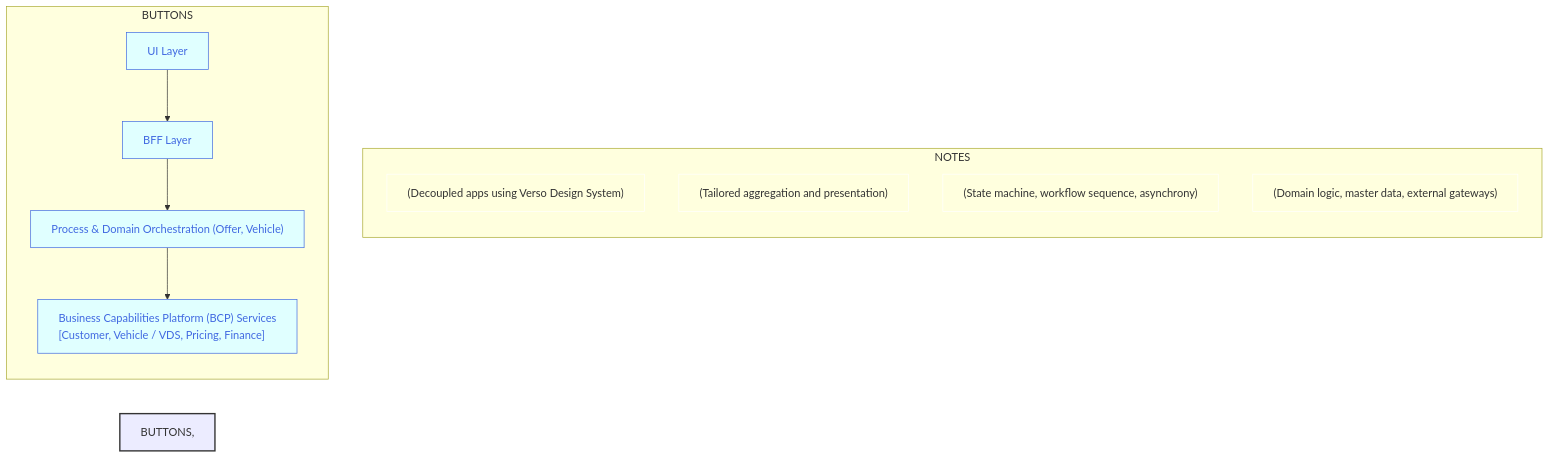
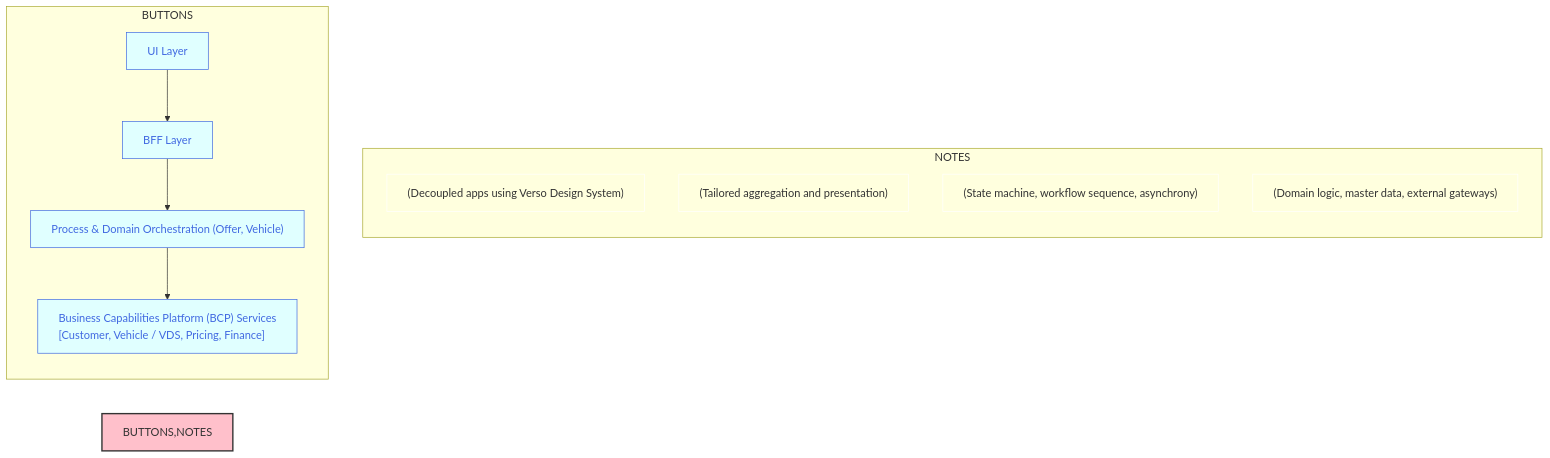
Before and after one commit to joe-dorward/samples: the diagram in buttons_mermaid_v3.md, drawn with Mermaid.

````diff
--- a/buttons_mermaid_v3.md
+++ b/buttons_mermaid_v3.md
@@ -3,47 +3,47 @@
 ```mermaid
   %%{
     init: {"flowchart": { "markdownAutoWrap":"false", "textWrap":"false", "wrappingWidth": "100%" }
     }
   }%%
   flowchart LR
 
   classDef Button fill:lightcyan, stroke:royalblue, color:royalblue, text-align:left;
   classDef Note fill:transparent, stroke:white, text-align:left;
   %% ---------- ---------- ---------- ---------- ---------- ---------- ---------- ---------- ---------- ----------
   subgraph BUTTONS
     direction TD
 
     BUTTON_01["UI Layer"]:::Button
     click BUTTON_01 "https://en.wikipedia.org/wiki/Main_Page" _blank
 
     BUTTON_02["BFF Layer"]:::Button
     click BUTTON_02 "https://en.wikipedia.org/wiki/Main_Page" _blank
 
     BUTTON_03["Process & Domain Orchestration (Offer, Vehicle)"]:::Button
     click BUTTON_03 "https://en.wikipedia.org/wiki/Main_Page" _blank
 
     BUTTON_04["Business Capabilities Platform (BCP) Services<br/>[Customer, Vehicle / VDS, Pricing, Finance]"]:::Button
     click BUTTON_04 "https://en.wikipedia.org/wiki/Main_Page" _blank
   end
 
   %% ---------- ---------- ---------- ---------- ---------- ---------- ---------- ---------- ---------- ----------
   subgraph NOTES
     direction TD
     BUTTON_01_NOTE["(Decoupled apps using Verso Design System)"]:::Note
     BUTTON_02_NOTE["(Tailored aggregation and presentation)"]:::Note
     BUTTON_03_NOTE["(State machine, workflow sequence, asynchrony)"]:::Note
     BUTTON_04_NOTE["(Domain logic, master data, external gateways)"]:::Note
   end
   %% ---------- ---------- ---------- ---------- ---------- ---------- ---------- ---------- ---------- ----------
   %% invisibly connect BUTTONS (sub-graph) to NOTES (sub-graph)
   BUTTONS~~~
   NOTES
   %% ---------- ---------- ---------- ---------- ---------- ---------- ---------- ---------- ---------- ----------
   %% connect buttons
   BUTTON_01-->
   BUTTON_02-->
   BUTTON_03-->
   BUTTON_04
   %% ---------- ---------- ---------- ---------- ---------- ---------- ---------- ---------- ---------- ----------
-  style BUTTONS, NOTES fill:pink,stroke:#333,stroke-width:2px
+  style BUTTONS,NOTES fill:pink,stroke:#333,stroke-width:2px
 ```
````
